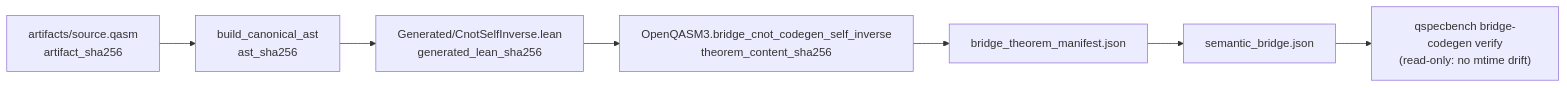
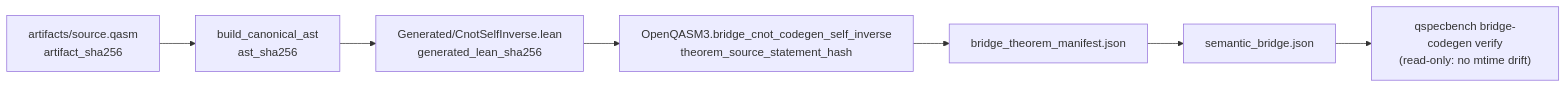
Before and after one commit to fraware/QSpecBench: the first of 2 diagrams in docs/bridge_codegen_design.md, drawn with Mermaid. The commit also changed other lines of this file and 1 other file, not shown here.

First line of the commit message:
docs: keep kernel_checked_codegen_trace; clarify source statement hash

````diff
--- a/docs/bridge_codegen_design.md
+++ b/docs/bridge_codegen_design.md
@@ -28,9 +28,9 @@
 ```mermaid
 flowchart LR
   QASM["artifacts/source.qasm\nartifact_sha256"] --> AST["build_canonical_ast\nast_sha256"]
   AST --> Gen["Generated/CnotSelfInverse.lean\ngenerated_lean_sha256"]
-  Gen --> Thm["OpenQASM3.bridge_cnot_codegen_self_inverse\ntheorem_content_sha256"]
+  Gen --> Thm["OpenQASM3.bridge_cnot_codegen_self_inverse\ntheorem_source_statement_hash"]
   Thm --> Man["bridge_theorem_manifest.json"]
   Man --> Bridge["semantic_bridge.json"]
   Bridge --> Verify["qspecbench bridge-codegen verify\n(read-only: no mtime drift)"]
 ```
````
